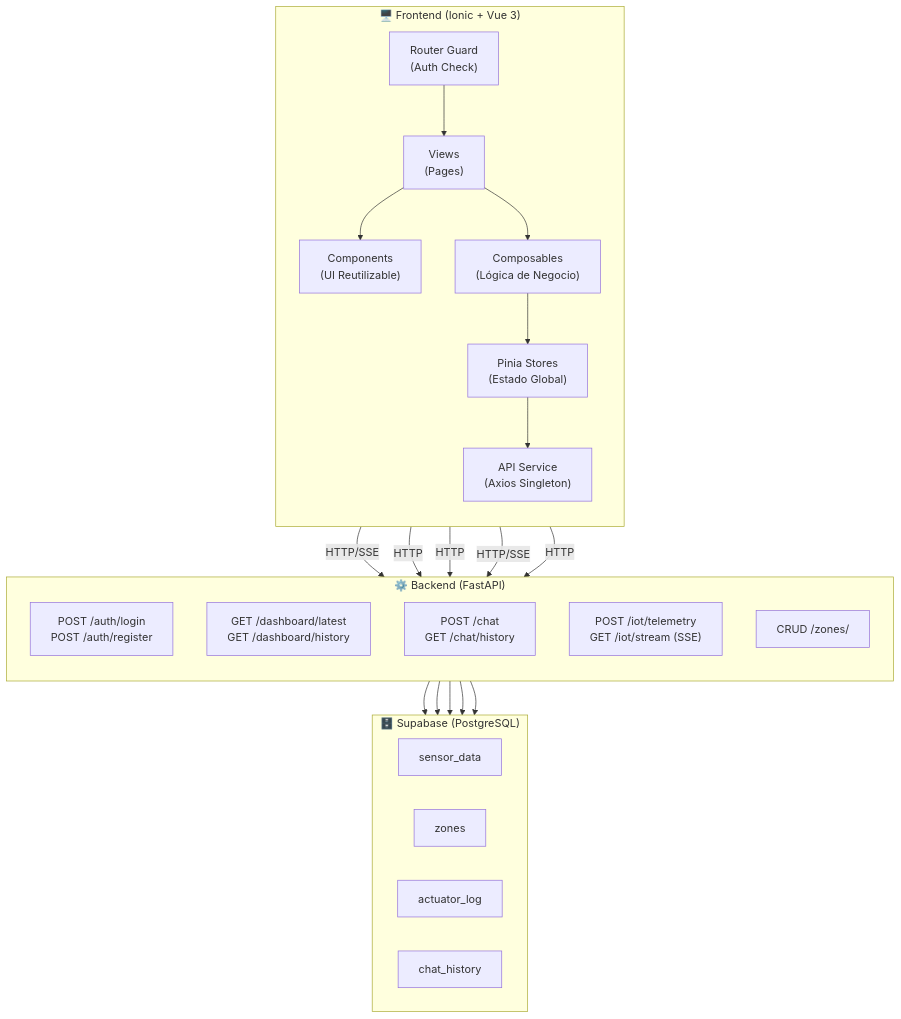
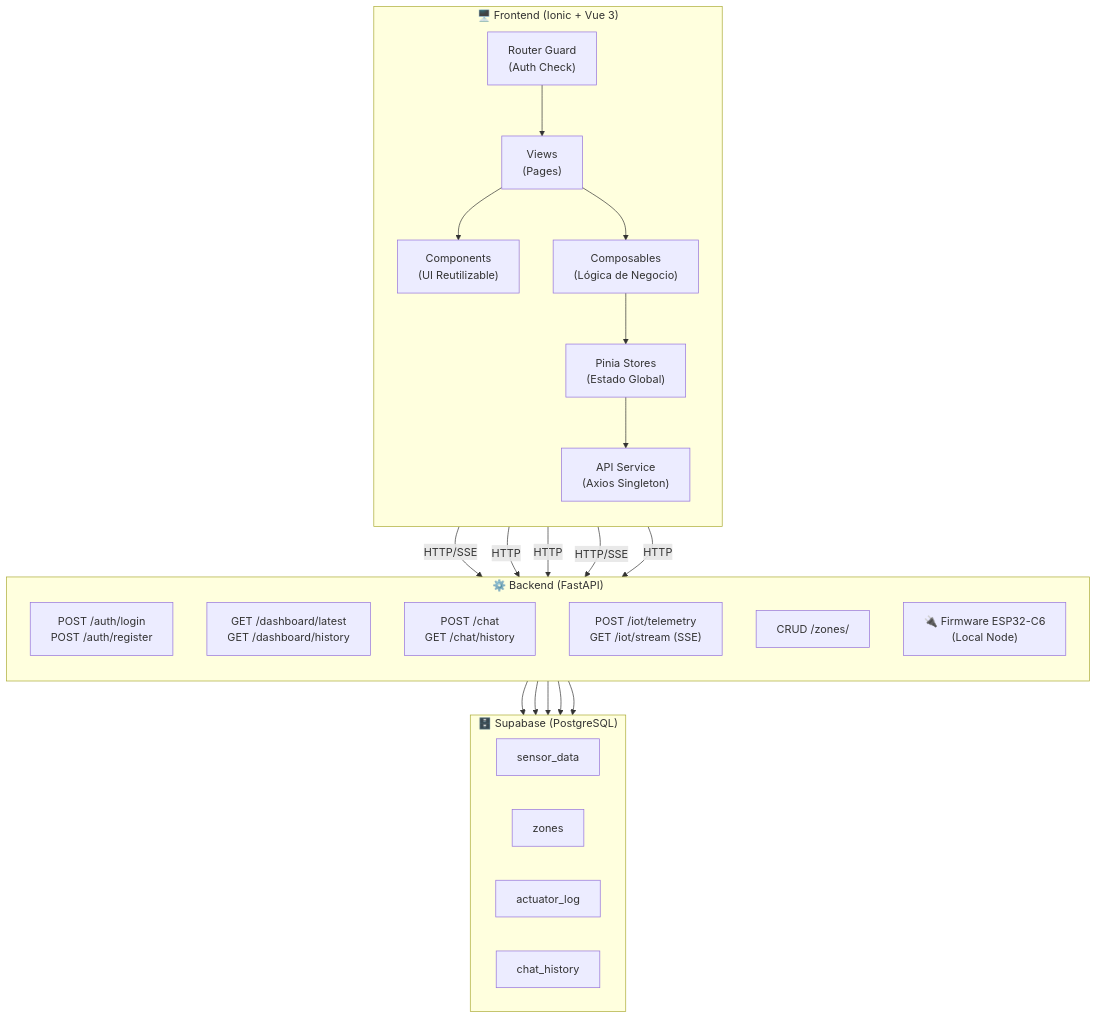
Before and after one commit to LNieto-V/agronexus-ui: the first of 7 diagrams in README.md, drawn with Mermaid. The commit also changed other lines of this file, not shown here.

Commit message:
docs: sync frontend documentation with latest backend updates

````diff
--- a/README.md
+++ b/README.md
@@ -13,44 +13,45 @@
 ```mermaid
 graph TB
     subgraph Frontend["🖥️ Frontend (Ionic + Vue 3)"]
         direction TB
         Router["Router Guard<br/>(Auth Check)"]
         Views["Views<br/>(Pages)"]
         Components["Components<br/>(UI Reutilizable)"]
         Composables["Composables<br/>(Lógica de Negocio)"]
         Stores["Pinia Stores<br/>(Estado Global)"]
         Services["API Service<br/>(Axios Singleton)"]
     end
 
     subgraph Backend["⚙️ Backend (FastAPI)"]
         direction TB
         AuthAPI["POST /auth/login<br/>POST /auth/register"]
         DashAPI["GET /dashboard/latest<br/>GET /dashboard/history"]
         ChatAPI["POST /chat<br/>GET /chat/history"]
         IoTAPI["POST /iot/telemetry<br/>GET /iot/stream (SSE)"]
         ZonesAPI["CRUD /zones/"]
+        Hardware["🔌 Firmware ESP32-C6<br/>(Local Node)"]
     end
 
     subgraph DB["🗄️ Supabase (PostgreSQL)"]
         SensorData["sensor_data"]
         Zones["zones"]
         ActuatorLog["actuator_log"]
         ChatHistory["chat_history"]
     end
 
     Router --> Views
     Views --> Components
     Views --> Composables
     Composables --> Stores
     Stores --> Services
     Services -->|HTTP/SSE| AuthAPI
     Services -->|HTTP| DashAPI
     Services -->|HTTP| ChatAPI
     Services -->|HTTP/SSE| IoTAPI
     Services -->|HTTP| ZonesAPI
     AuthAPI --> DB
     DashAPI --> DB
     ChatAPI --> DB
     IoTAPI --> DB
     ZonesAPI --> DB
 ```
````
